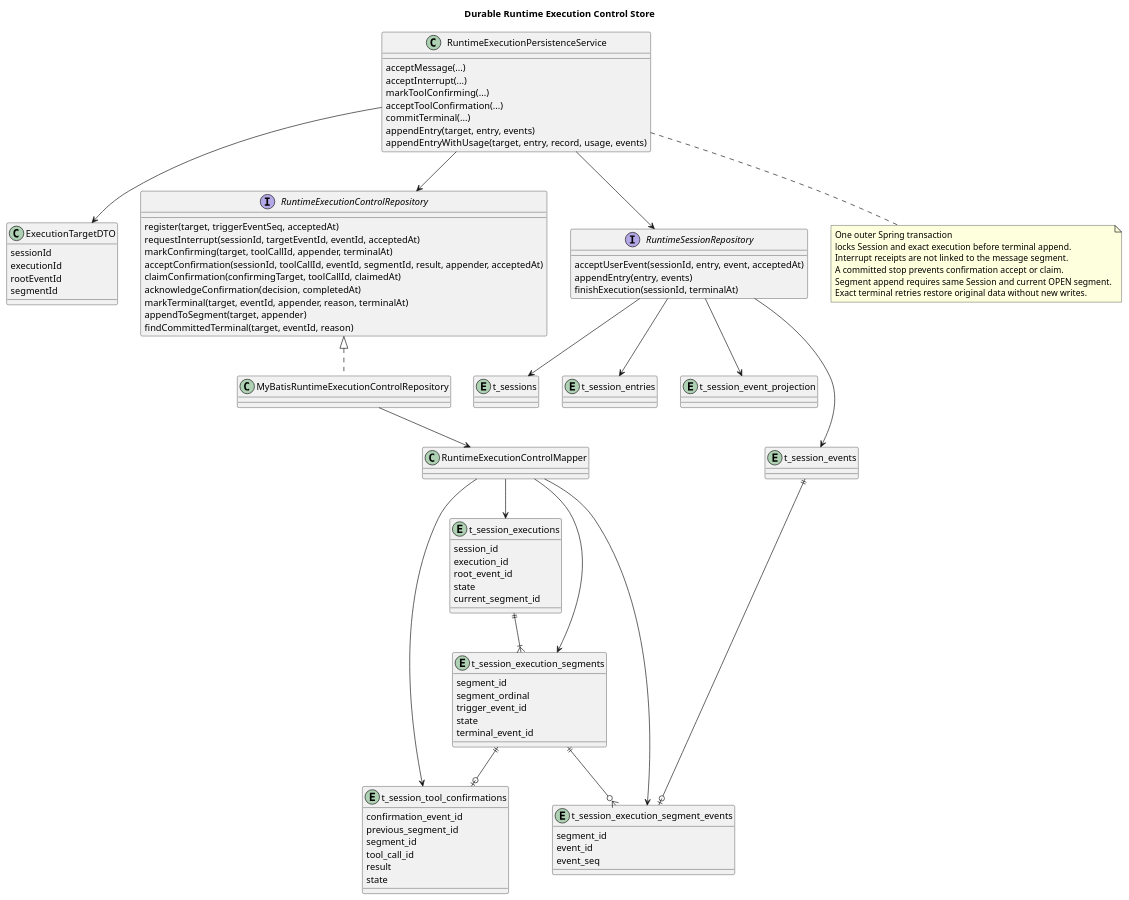
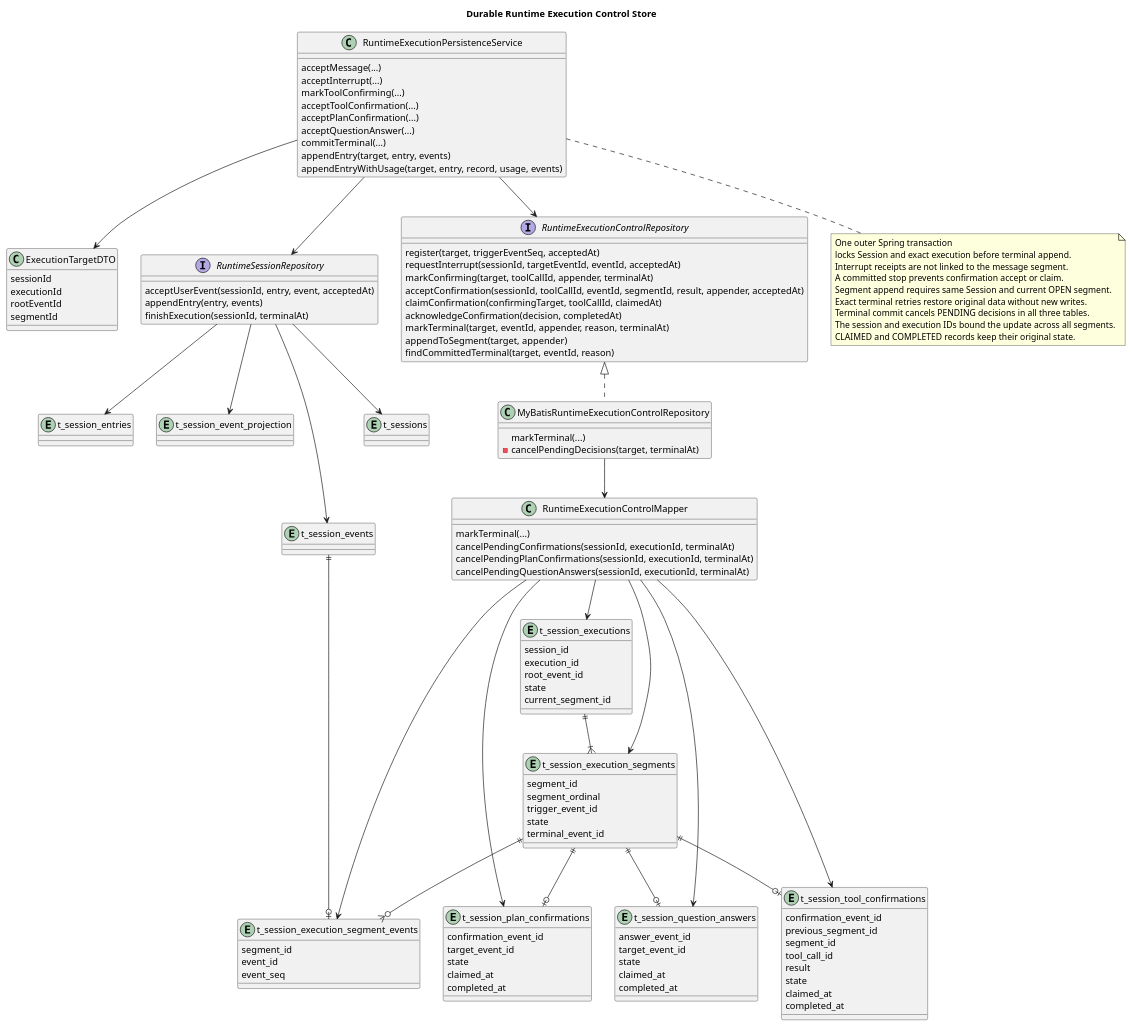
Before and after one commit to 2862282695gjh-afk/pi-mono-java: the first of 2 diagrams in docs/designs/runtime-execution-control/diagram.puml, drawn with PlantUML. The commit also changed other lines of this file and 15 other files, not shown here.

```diff
--- a/docs/designs/runtime-execution-control/diagram.puml
+++ b/docs/designs/runtime-execution-control/diagram.puml
@@ -1,121 +1,153 @@
 @startuml runtime_execution_control_store
 title Durable Runtime Execution Control Store
-' Observed Java source baseline: pi-mono-java fd556dce3cfa12e5e834b6e9b8f835f10e7d67c8
-' Store implementation commit: 8ec383dd0ee6a5a8fe7e72b9e97bba8f71c8f8da
-' Application transaction implementation: 92562f62 through 8e775f1c
-' Tool confirmation foundation implementation: aa687e98
-' Recovery and segment append implementation: 9ad3553a through 2ef30225
+' Java baseline: pi-mono-java 74f1b8314c9a5eb3d1659dfed2ab90b787dd647f
+' CANCELED is implemented by the companion change, not present in the baseline.
 ' Source: modules/coding-agent-cli/src/main/java/com/campusclaw/codingagent/runtimeapi/persistence/RuntimeExecutionPersistenceService.java#appendEntry/appendEntryWithUsage/restoreCommittedTerminal
-' Observed source: modules/coding-agent-cli/src/main/java/com/campusclaw/codingagent/runtimeapi/runtime/RuntimeActiveExecution.java#runId
 ' Source: modules/coding-agent-cli/src/main/java/com/campusclaw/codingagent/runtimeapi/persistence/RuntimeExecutionPersistenceService.java
 ' Source: modules/coding-agent-cli/src/main/java/com/campusclaw/codingagent/runtimeapi/persistence/RuntimeExecutionControlRepository.java
-' Source: modules/coding-agent-cli/src/main/java/com/campusclaw/codingagent/runtimeapi/persistence/MyBatisRuntimeExecutionControlRepository.java
+' Source: modules/coding-agent-cli/src/main/java/com/campusclaw/codingagent/runtimeapi/persistence/MyBatisRuntimeExecutionControlRepository.java#markTerminal/cancelPendingDecisions
 ' Source: modules/coding-agent-cli/src/main/java/com/campusclaw/codingagent/runtimeapi/persistence/RuntimeSessionRepository.java
-' Source: modules/coding-agent-cli/src/main/resources/mapper/session/RuntimeExecutionControlMapper.xml
+' Source: modules/coding-agent-cli/src/main/resources/mapper/session/RuntimeExecutionControlMapper.xml#cancelPendingConfirmations/cancelPendingPlanConfirmations/cancelPendingQuestionAnswers
 ' Source: modules/coding-agent-cli/src/main/resources/db/gaussdb/install/session_schema.sql
 ' Pi source baseline: pi 4af9d21d3b4d664e4a29fcabfec85171077248e3
 ' Pi source: packages/agent/src/agent-loop.ts#runAgentLoop and #prepareToolCall
-' Observed behavior: Java kept the active execution identity only in one process.
+' Observed behavior: claims check the exact execution and reject stopped executions.
 ' Design reason: one Spring transaction binds accepted events and terminal events to an exact execution segment.
-' Java divergence: durable cross-instance control identity is a CampusClaw architecture change.
+' Design reason: terminal commit also cancels unclaimed decisions without deleting accepted user input.
+' Java divergence: durable control and consumption cancellation are CampusClaw architecture changes.
 class RuntimeExecutionPersistenceService {
   acceptMessage(...)
   acceptInterrupt(...)
   markToolConfirming(...)
   acceptToolConfirmation(...)
+  acceptPlanConfirmation(...)
+  acceptQuestionAnswer(...)
   commitTerminal(...)
   appendEntry(target, entry, events)
   appendEntryWithUsage(target, entry, record, usage, events)
 }
 
 class ExecutionTargetDTO {
   sessionId
   executionId
   rootEventId
   segmentId
 }
 
 interface RuntimeExecutionControlRepository {
   register(target, triggerEventSeq, acceptedAt)
   requestInterrupt(sessionId, targetEventId, eventId, acceptedAt)
   markConfirming(target, toolCallId, appender, terminalAt)
   acceptConfirmation(sessionId, toolCallId, eventId, segmentId, result, appender, acceptedAt)
   claimConfirmation(confirmingTarget, toolCallId, claimedAt)
   acknowledgeConfirmation(decision, completedAt)
   markTerminal(target, eventId, appender, reason, terminalAt)
   appendToSegment(target, appender)
   findCommittedTerminal(target, eventId, reason)
 }
 
 interface RuntimeSessionRepository {
   acceptUserEvent(sessionId, entry, event, acceptedAt)
   appendEntry(entry, events)
   finishExecution(sessionId, terminalAt)
 }
 
-class MyBatisRuntimeExecutionControlRepository
-class RuntimeExecutionControlMapper
+class MyBatisRuntimeExecutionControlRepository {
+  markTerminal(...)
+  - cancelPendingDecisions(target, terminalAt)
+}
+class RuntimeExecutionControlMapper {
+  markTerminal(...)
+  cancelPendingConfirmations(sessionId, executionId, terminalAt)
+  cancelPendingPlanConfirmations(sessionId, executionId, terminalAt)
+  cancelPendingQuestionAnswers(sessionId, executionId, terminalAt)
+}
 
 entity "t_session_executions" as t_session_executions {
   session_id
   execution_id
   root_event_id
   state
   current_segment_id
 }
 
 entity "t_session_execution_segments" as t_session_execution_segments {
   segment_id
   segment_ordinal
   trigger_event_id
   state
   terminal_event_id
 }
 
 entity "t_session_execution_segment_events" as t_session_execution_segment_events {
   segment_id
   event_id
   event_seq
 }
 
 entity "t_session_tool_confirmations" as t_session_tool_confirmations {
   confirmation_event_id
   previous_segment_id
   segment_id
   tool_call_id
   result
   state
+  claimed_at
+  completed_at
+}
+
+entity "t_session_plan_confirmations" as t_session_plan_confirmations {
+  confirmation_event_id
+  target_event_id
+  state
+  claimed_at
+  completed_at
+}
+
+entity "t_session_question_answers" as t_session_question_answers {
+  answer_event_id
+  target_event_id
+  state
+  claimed_at
+  completed_at
 }
 
 entity "t_sessions" as t_sessions
 entity "t_session_entries" as t_session_entries
 entity "t_session_events" as t_session_events
 entity "t_session_event_projection" as t_session_event_projection
 
 RuntimeExecutionPersistenceService --> ExecutionTargetDTO
 RuntimeExecutionPersistenceService --> RuntimeExecutionControlRepository
 RuntimeExecutionPersistenceService --> RuntimeSessionRepository
 RuntimeExecutionControlRepository <|.. MyBatisRuntimeExecutionControlRepository
 MyBatisRuntimeExecutionControlRepository --> RuntimeExecutionControlMapper
 RuntimeExecutionControlMapper --> t_session_executions
 RuntimeExecutionControlMapper --> t_session_execution_segments
 RuntimeExecutionControlMapper --> t_session_execution_segment_events
 RuntimeExecutionControlMapper --> t_session_tool_confirmations
+RuntimeExecutionControlMapper --> t_session_plan_confirmations
+RuntimeExecutionControlMapper --> t_session_question_answers
 RuntimeSessionRepository --> t_sessions
 RuntimeSessionRepository --> t_session_entries
 RuntimeSessionRepository --> t_session_events
 RuntimeSessionRepository --> t_session_event_projection
 t_session_executions ||--|{ t_session_execution_segments
 t_session_execution_segments ||--o{ t_session_execution_segment_events
 t_session_execution_segments ||--o| t_session_tool_confirmations
+t_session_execution_segments ||--o| t_session_plan_confirmations
+t_session_execution_segments ||--o| t_session_question_answers
 t_session_events ||--o| t_session_execution_segment_events
 
 note bottom of RuntimeExecutionPersistenceService
   One outer Spring transaction
   locks Session and exact execution before terminal append.
   Interrupt receipts are not linked to the message segment.
   A committed stop prevents confirmation accept or claim.
   Segment append requires same Session and current OPEN segment.
   Exact terminal retries restore original data without new writes.
+  Terminal commit cancels PENDING decisions in all three tables.
+  The session and execution IDs bound the update across all segments.
+  CLAIMED and COMPLETED records keep their original state.
 end note
 @enduml
```
